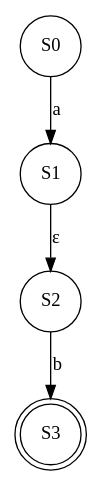
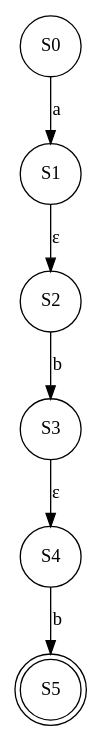
The diagram in output/nfa/nfa.gv (ZiadSheriif/AutoMajestic), drawn with Graphviz before and after one commit. The commit also changed 6 other files, not shown here.

```diff
--- a/output/nfa/nfa.gv
+++ b/output/nfa/nfa.gv
@@ -1,9 +1,13 @@
 digraph {
 	S0 [shape=circle]
 	S0 -> S1 [label=a]
 	S1 [shape=circle]
 	S1 -> S2 [label="ε"]
 	S2 [shape=circle]
 	S2 -> S3 [label=b]
-	S3 [shape=doublecircle]
+	S3 [shape=circle]
+	S3 -> S4 [label="ε"]
+	S4 [shape=circle]
+	S4 -> S5 [label=b]
+	S5 [shape=doublecircle]
 }
```
